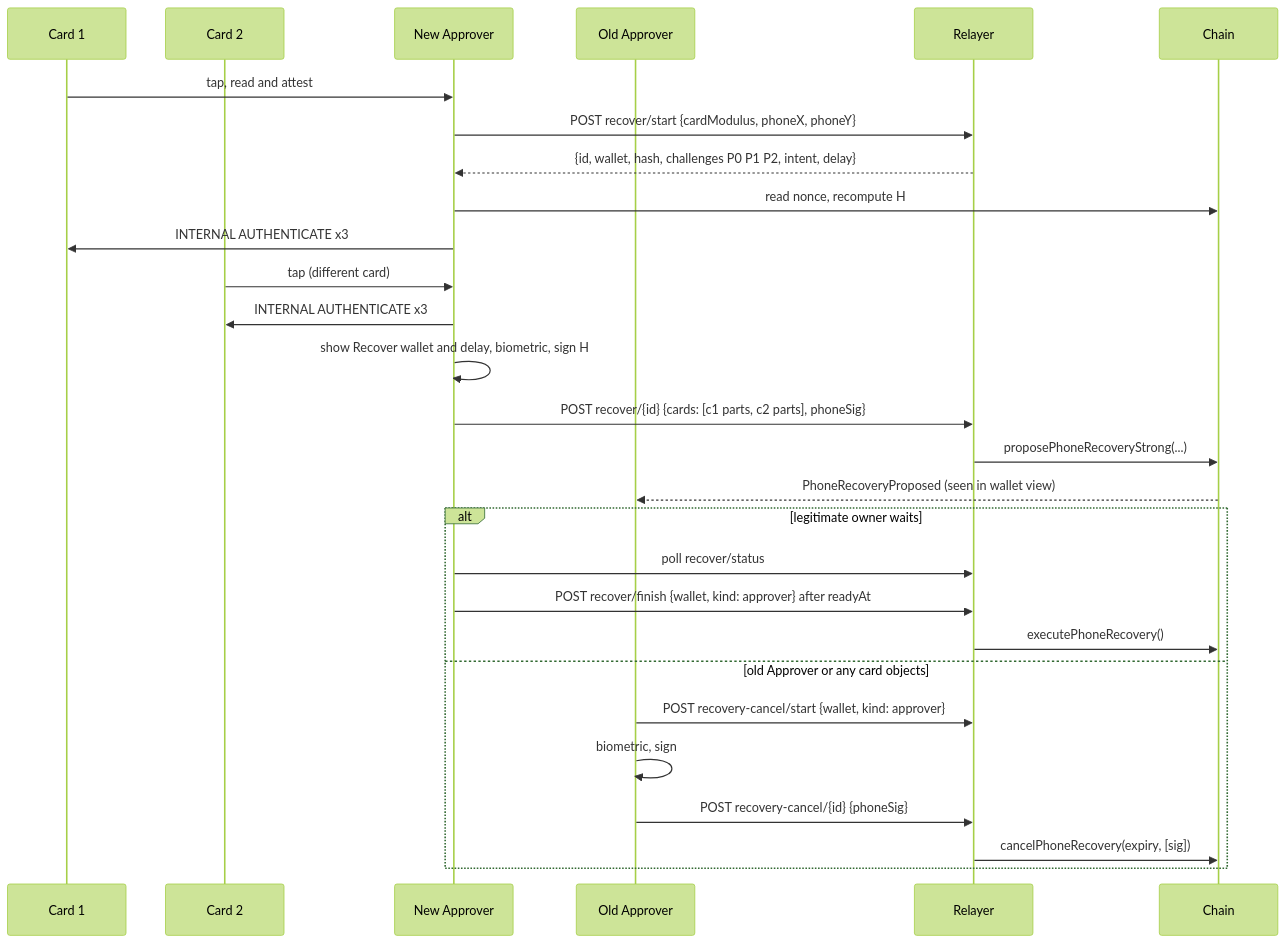
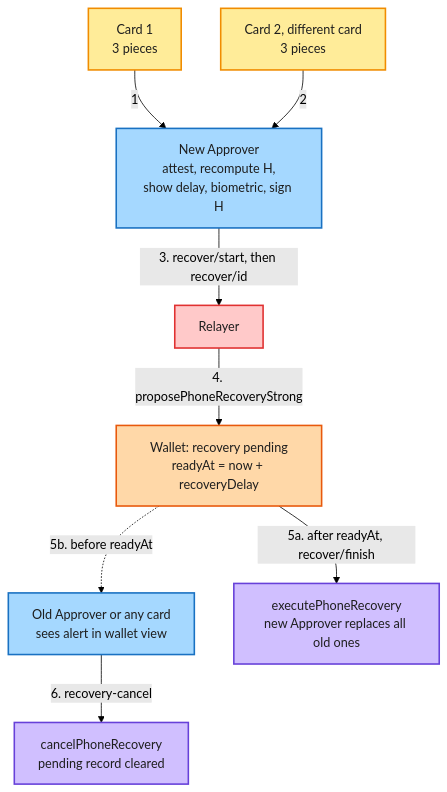
Diagram 11 of 11 in docs/PROTOCOL.md (team-somehow/tap2eth), drawn with Mermaid (forest theme) before and after one commit. The commit also changed other lines of this file and 1 other file, not shown here.

First line of the commit message:
docs: shorten the white paper and spec, add reader-card diagrams

````diff
--- a/docs/PROTOCOL.md
+++ b/docs/PROTOCOL.md
@@ -1408,30 +1141,23 @@
 ```mermaid
-sequenceDiagram
-    participant C1 as Card 1
-    participant C2 as Card 2
-    participant N as New Approver
-    participant O as Old Approver
-    participant L as Relayer
-    participant W as Chain
-    C1->>N: tap, read and attest
-    N->>L: POST recover/start {cardModulus, phoneX, phoneY}
-    L-->>N: {id, wallet, hash, challenges P0 P1 P2, intent, delay}
-    N->>W: read nonce, recompute H
-    N->>C1: INTERNAL AUTHENTICATE x3
-    C2->>N: tap (different card)
-    N->>C2: INTERNAL AUTHENTICATE x3
-    N->>N: show Recover wallet and delay, biometric, sign H
-    N->>L: POST recover/{id} {cards: [c1 parts, c2 parts], phoneSig}
-    L->>W: proposePhoneRecoveryStrong(...)
-    W-->>O: PhoneRecoveryProposed (seen in wallet view)
-    alt legitimate owner waits
-        N->>L: poll recover/status
-        N->>L: POST recover/finish {wallet, kind: approver} after readyAt
-        L->>W: executePhoneRecovery()
-    else old Approver or any card objects
-        O->>L: POST recovery-cancel/start {wallet, kind: approver}
-        O->>O: biometric, sign
-        O->>L: POST recovery-cancel/{id} {phoneSig}
-        L->>W: cancelPhoneRecovery(expiry, [sig])
-    end
+flowchart TD
+  classDef card fill:#ffec99,stroke:#f08c00,stroke-width:2px,color:#1e1e1e
+  classDef phone fill:#a5d8ff,stroke:#1971c2,stroke-width:2px,color:#1e1e1e
+  classDef chain fill:#d0bfff,stroke:#6741d9,stroke-width:2px,color:#1e1e1e
+  classDef relayer fill:#ffc9c9,stroke:#e03131,stroke-width:2px,color:#1e1e1e
+  classDef recovery fill:#ffd8a8,stroke:#e8590c,stroke-width:2px,color:#1e1e1e
+  C1["Card 1<br/>3 pieces"]:::card
+  C2["Card 2, different card<br/>3 pieces"]:::card
+  N["New Approver<br/>attest, recompute H,<br/>show delay, biometric, sign H"]:::phone
+  L["Relayer"]:::relayer
+  P["Wallet: recovery pending<br/>readyAt = now + recoveryDelay"]:::recovery
+  O["Old Approver or any card<br/>sees alert in wallet view"]:::phone
+  X["executePhoneRecovery<br/>new Approver replaces all old ones"]:::chain
+  Y["cancelPhoneRecovery<br/>pending record cleared"]:::chain
+  C1 -->|"1"| N
+  C2 -->|"2"| N
+  N -->|"3. recover/start, then recover/id"| L
+  L -->|"4. proposePhoneRecoveryStrong"| P
+  P -->|"5a. after readyAt, recover/finish"| X
+  P -.->|"5b. before readyAt"| O
+  O -->|"6. recovery-cancel"| Y
 ```
````
